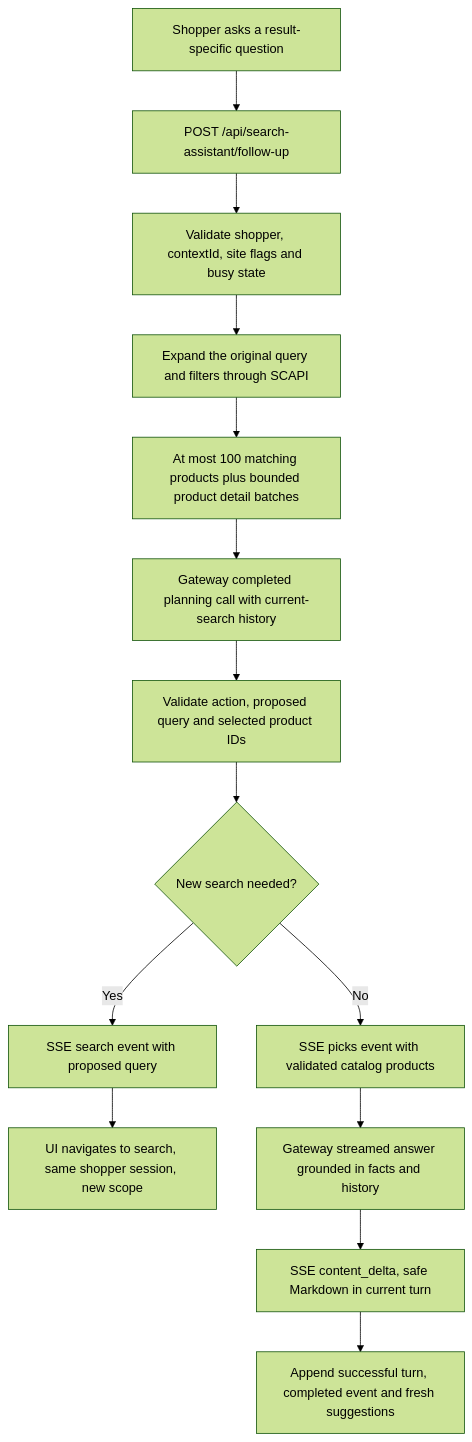
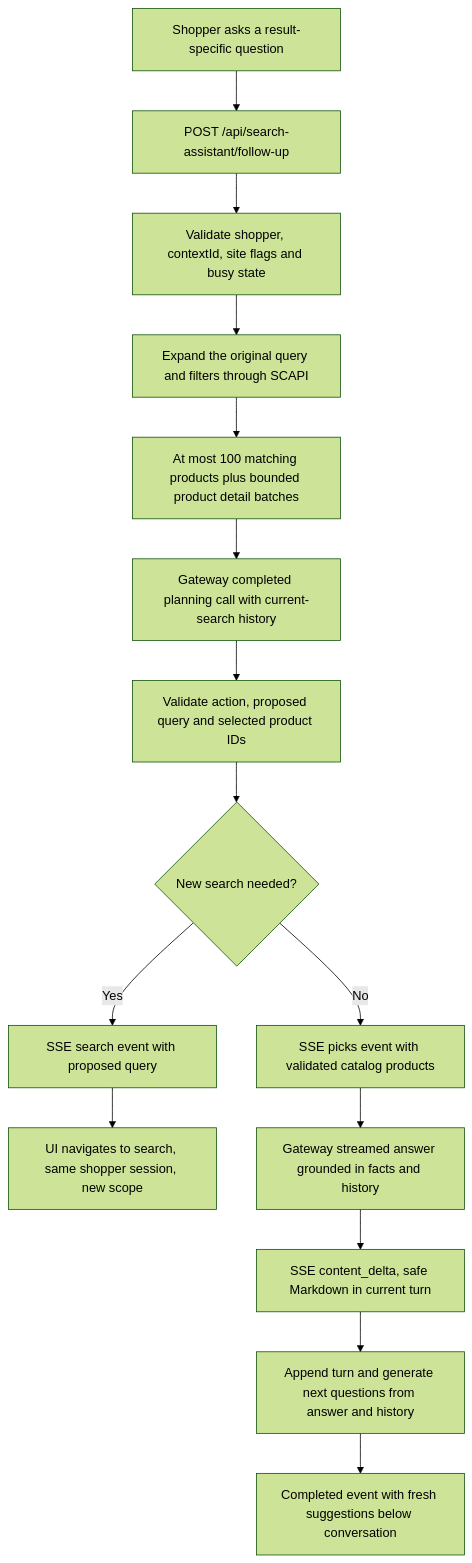
The third of 6 diagrams in packages/template-retail-react-app/docs/AI-SEARCH-ARCHITECTURE.md (SalesforceCommerceCloud/pwa-kit), drawn with Mermaid (forest theme) before and after one commit. The commit also changed other lines of this file and 12 other files, not shown here.

Commit message:
Refresh suggested questions after every AI search answer

````diff
--- a/packages/template-retail-react-app/docs/AI-SEARCH-ARCHITECTURE.md
+++ b/packages/template-retail-react-app/docs/AI-SEARCH-ARCHITECTURE.md
@@ -114,16 +116,17 @@
 ```mermaid
 flowchart TD
     Q[Shopper asks a result-specific question] --> Request[POST /api/search-assistant/follow-up]
     Request --> Validate[Validate shopper, contextId, site flags and busy state]
     Validate --> Facts[Expand the original query and filters through SCAPI]
     Facts --> Bound[At most 100 matching products plus bounded product detail batches]
     Bound --> Plan[Gateway completed planning call with current-search history]
     Plan --> Check[Validate action, proposed query and selected product IDs]
     Check --> Decision{New search needed?}
     Decision -->|Yes| Search[SSE search event with proposed query]
     Search --> Navigate[UI navigates to search, same shopper session, new scope]
     Decision -->|No| Picks[SSE picks event with validated catalog products]
     Picks --> Answer[Gateway streamed answer grounded in facts and history]
     Answer --> Render[SSE content_delta, safe Markdown in current turn]
-    Render --> Finish[Append successful turn, completed event and fresh suggestions]
+    Render --> Next[Append turn and generate next questions from answer and history]
+    Next --> Finish[Completed event with fresh suggestions below conversation]
 ```
````
